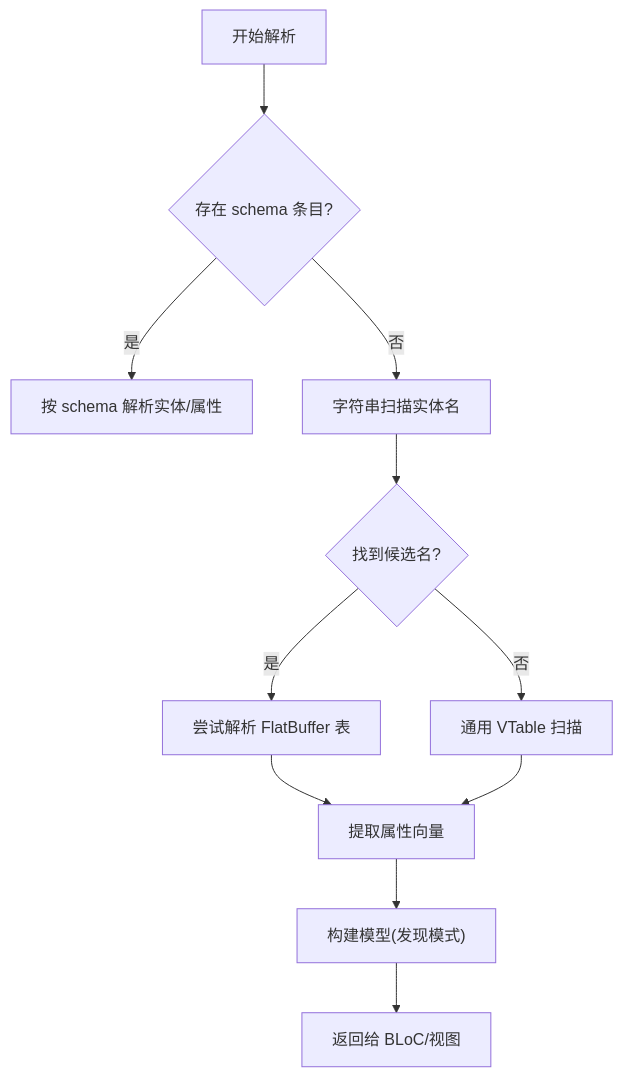
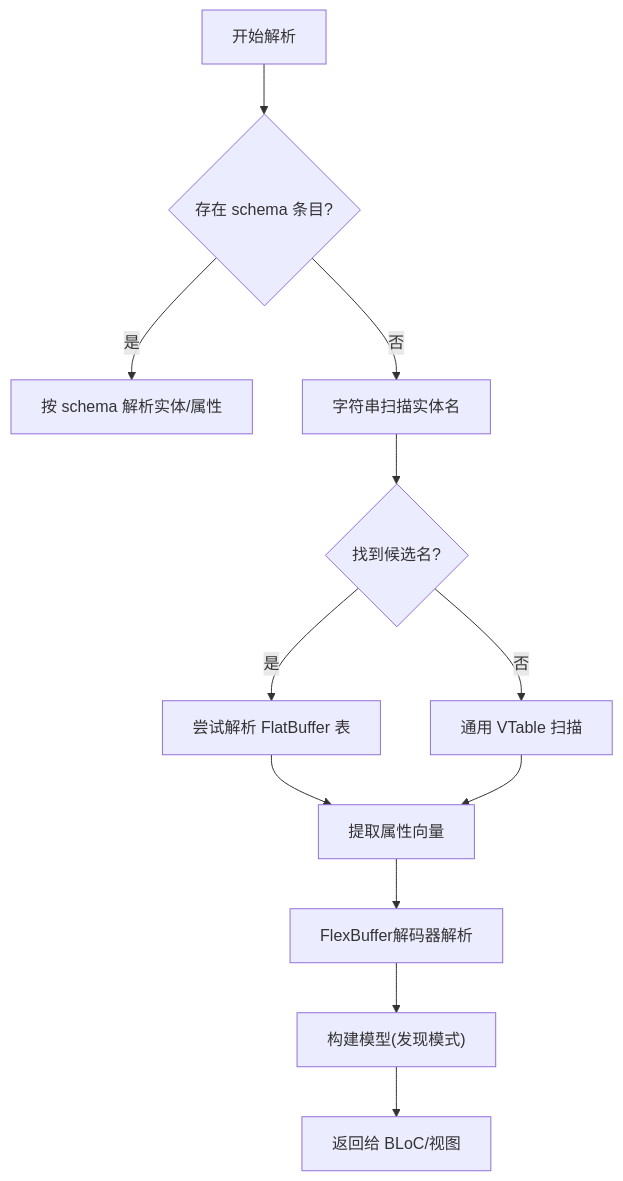
Before and after one commit to kongpf8848/objectbox_viewer: the seventh of 8 diagrams in .qoder/repowiki/zh/content/核心功能/核心功能.md, drawn with Mermaid. The commit also changed other lines of this file and 9 other files, not shown here.

````diff
--- a/.qoder/repowiki/zh/content/核心功能/核心功能.md
+++ b/.qoder/repowiki/zh/content/核心功能/核心功能.md
@@ -267,13 +338,14 @@
 ```mermaid
 flowchart TD
 A["开始解析"] --> B{"存在 schema 条目?"}
 B --> |是| C["按 schema 解析实体/属性"]
 B --> |否| D["字符串扫描实体名"]
 D --> E{"找到候选名?"}
 E --> |是| F["尝试解析 FlatBuffer 表"]
 E --> |否| G["通用 VTable 扫描"]
 F --> H["提取属性向量"]
 G --> H
-H --> I["构建模型(发现模式)"]
-I --> J["返回给 BLoC/视图"]
+H --> I["FlexBuffer解码器解析"]
+I --> J["构建模型(发现模式)"]
+J --> K["返回给 BLoC/视图"]
 ```
````
